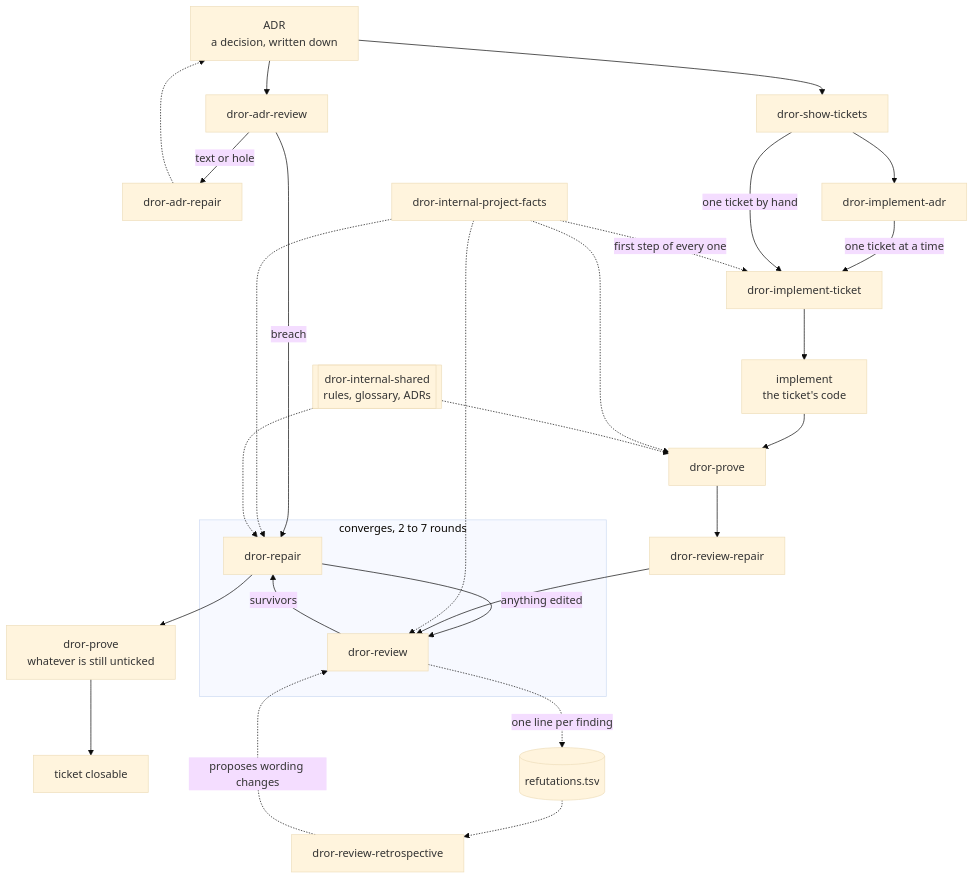
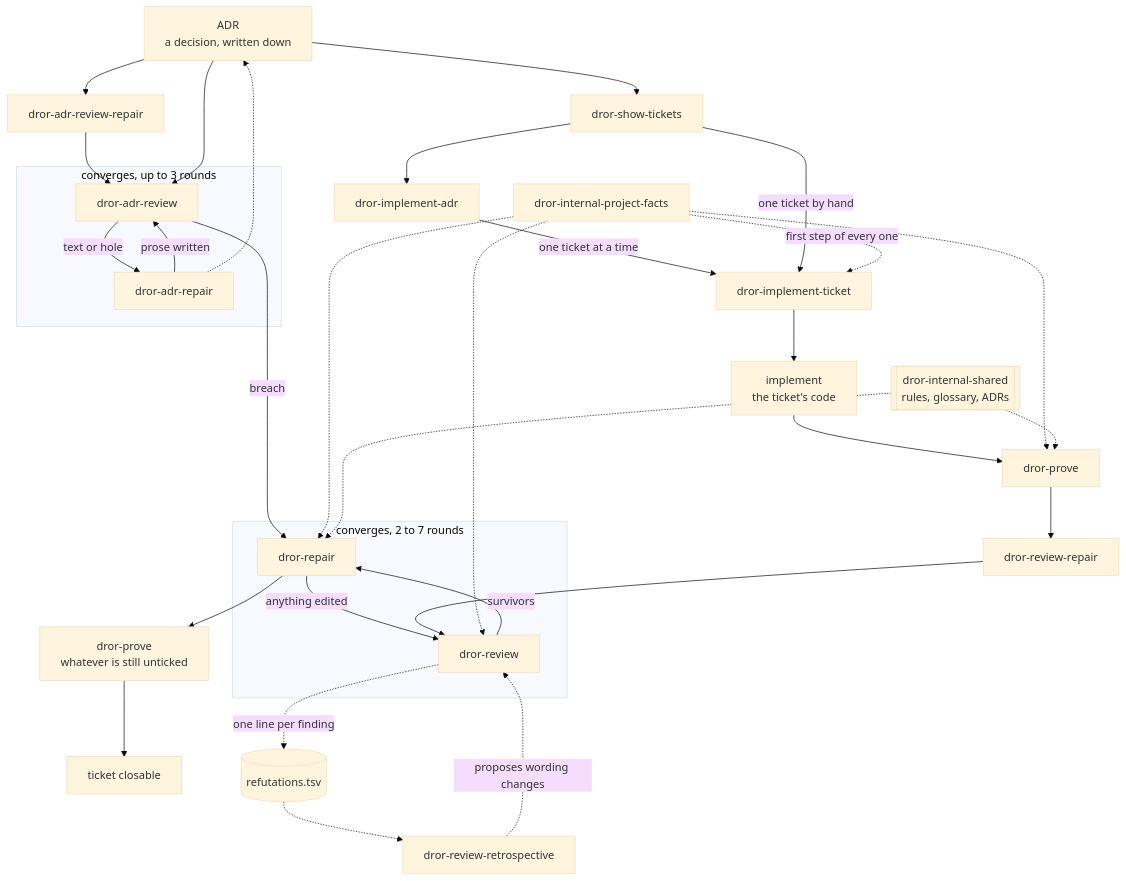
Before and after one commit to drormeir/dror-skills: the diagram in STRUCTURE.md, drawn with Mermaid (base theme). The commit also changed other lines of this file and 16 other files, not shown here.

````diff
--- a/STRUCTURE.md
+++ b/STRUCTURE.md
@@ -64,41 +64,48 @@
 ```mermaid
 flowchart TD
     ADR["ADR<br/>a decision, written down"]
 
-    ADR --> AR[dror-adr-review]
-    AR -->|text or hole| ARP[dror-adr-repair]
+    ADR --> ARR[dror-adr-review-repair]
+    ARR --> AR
+
+    subgraph adrloop ["converges, up to 3 rounds"]
+        AR[dror-adr-review] -->|text or hole| ARP[dror-adr-repair]
+        ARP -->|prose written| AR
+    end
+
+    ADR --> AR
     AR -->|breach| RP
     ARP -.-> ADR
 
     ADR --> ST[dror-show-tickets]
     ST --> IA[dror-implement-adr]
     IA -->|one ticket at a time| IT[dror-implement-ticket]
     ST -->|one ticket by hand| IT
 
     IT --> IMPL["implement<br/>the ticket's code"]
     IMPL --> PV[dror-prove]
     PV --> RR[dror-review-repair]
 
     subgraph loop ["converges, 2 to 7 rounds"]
         RV[dror-review] -->|survivors| RP[dror-repair]
         RP -->|anything edited| RV
     end
 
     RR --> RV
     RP --> PV2["dror-prove<br/>whatever is still unticked"]
     PV2 --> CLOSE["ticket closable"]
 
     RV -.->|one line per finding| LOG[("refutations.tsv")]
     LOG -.-> RETRO[dror-review-retrospective]
     RETRO -.->|proposes wording changes| RV
 
     PF[dror-internal-project-facts]
     PF -.->|first step of every one| IT
     PF -.-> PV
     PF -.-> RV
     PF -.-> RP
 
     SH[["dror-internal-shared<br/>rules, glossary, ADRs"]]
     SH -.-> PV
     SH -.-> RP
 ```
````
